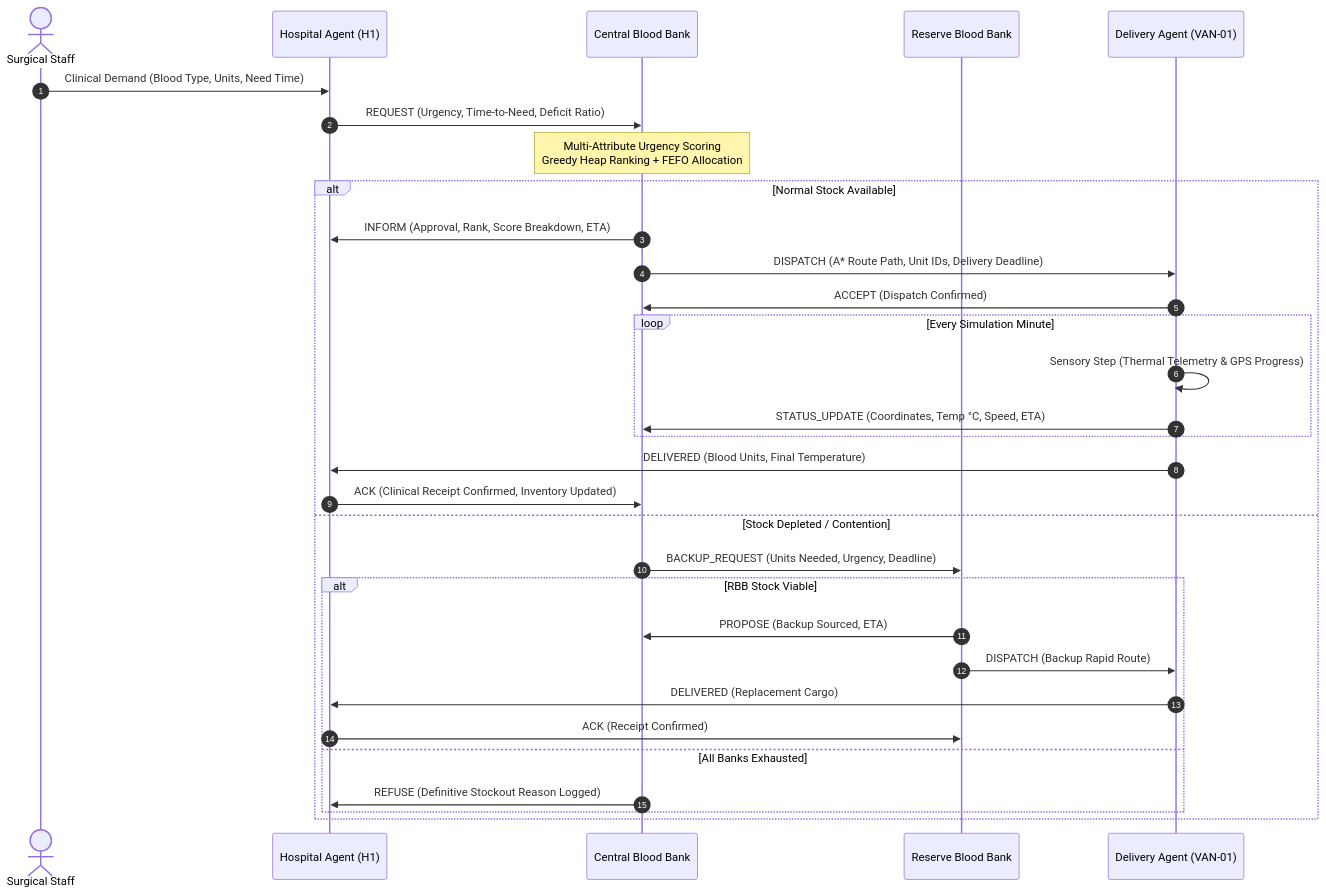
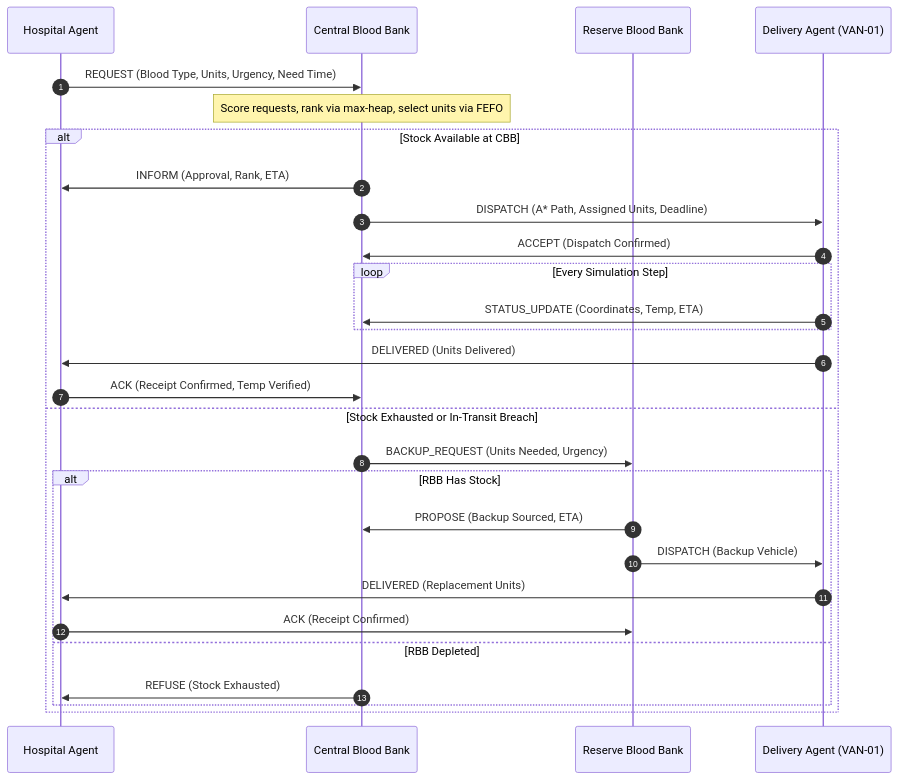
One commit to Gnanesh-12/Multi-Agent-Blood-Supply-and-Cold-Chain-Management changed the diagram in README.md. Above: the diagram before and after it, drawn with Mermaid. The commit also changed other lines of this file and 2 other files, not shown here.

````diff
--- a/README.md
+++ b/README.md
@@ -88,34 +115,31 @@
 ```mermaid
 sequenceDiagram
     autonumber
-    actor Clinician as Surgical Staff
-    participant H as Hospital Agent (H1)
+    participant H as Hospital Agent
     participant CBB as Central Blood Bank
     participant RBB as Reserve Blood Bank
     participant DEV as Delivery Agent (VAN-01)
 
-    Clinician->>H: Clinical Demand (Blood Type, Units, Need Time)
-    H->>CBB: REQUEST (Urgency, Time-to-Need, Deficit Ratio)
-    Note over CBB: Multi-Attribute Urgency Scoring<br/>Greedy Heap Ranking + FEFO Allocation
-    alt Normal Stock Available
-        CBB->>H: INFORM (Approval, Rank, Score Breakdown, ETA)
-        CBB->>DEV: DISPATCH (A* Route Path, Unit IDs, Delivery Deadline)
+    H->>CBB: REQUEST (Blood Type, Units, Urgency, Need Time)
+    Note over CBB: Score requests, rank via max-heap, select units via FEFO
+    alt Stock Available at CBB
+        CBB->>H: INFORM (Approval, Rank, ETA)
+        CBB->>DEV: DISPATCH (A* Path, Assigned Units, Deadline)
         DEV->>CBB: ACCEPT (Dispatch Confirmed)
-        loop Every Simulation Minute
-            DEV->>DEV: Sensory Step (Thermal Telemetry & GPS Progress)
-            DEV->>CBB: STATUS_UPDATE (Coordinates, Temp °C, Speed, ETA)
+        loop Every Simulation Step
+            DEV->>CBB: STATUS_UPDATE (Coordinates, Temp, ETA)
         end
-        DEV->>H: DELIVERED (Blood Units, Final Temperature)
-        H->>CBB: ACK (Clinical Receipt Confirmed, Inventory Updated)
-    else Stock Depleted / Contention
-        CBB->>RBB: BACKUP_REQUEST (Units Needed, Urgency, Deadline)
-        alt RBB Stock Viable
+        DEV->>H: DELIVERED (Units Delivered)
+        H->>CBB: ACK (Receipt Confirmed, Temp Verified)
+    else Stock Exhausted or In-Transit Breach
+        CBB->>RBB: BACKUP_REQUEST (Units Needed, Urgency)
+        alt RBB Has Stock
             RBB->>CBB: PROPOSE (Backup Sourced, ETA)
-            RBB->>DEV: DISPATCH (Backup Rapid Route)
-            DEV->>H: DELIVERED (Replacement Cargo)
+            RBB->>DEV: DISPATCH (Backup Vehicle)
+            DEV->>H: DELIVERED (Replacement Units)
             H->>RBB: ACK (Receipt Confirmed)
-        else All Banks Exhausted
-            CBB->>H: REFUSE (Definitive Stockout Reason Logged)
+        else RBB Depleted
+            CBB->>H: REFUSE (Stock Exhausted)
         end
     end
 ```
````
